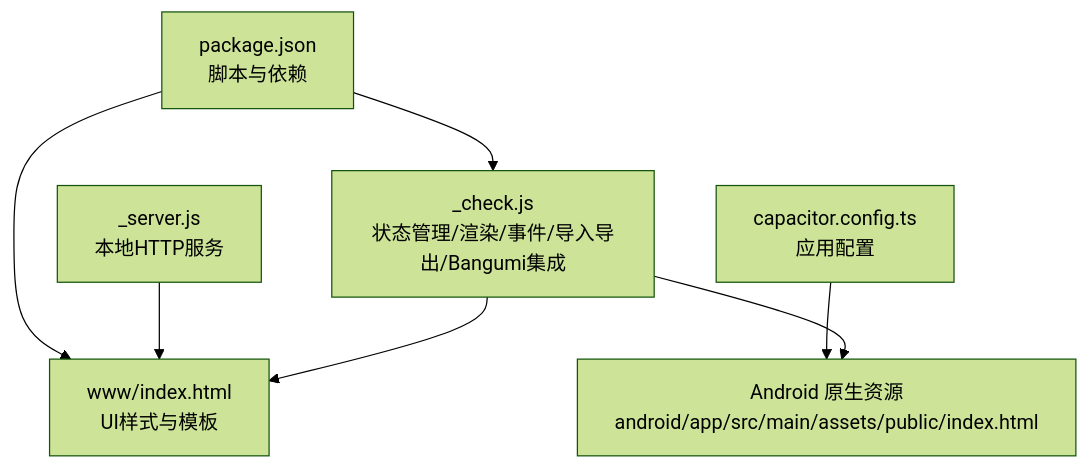
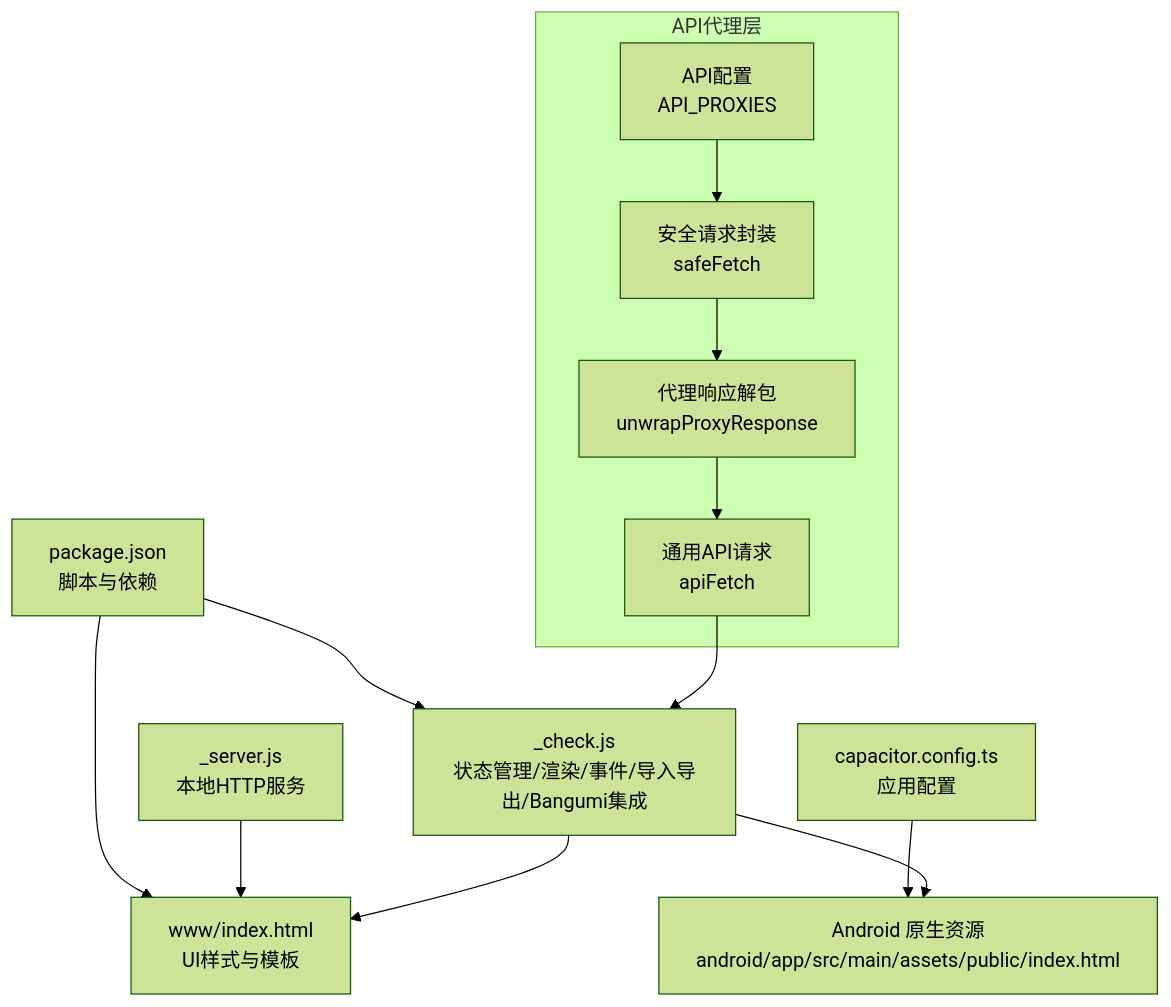
The first of 11 diagrams in .qoder/repowiki/zh/content/核心功能模块/核心功能模块.md (KAGUYA284/anima-list), drawn with Mermaid (forest theme) before and after one commit. The commit also changed other lines of this file and 17 other files, not shown here.

````diff
--- a/.qoder/repowiki/zh/content/核心功能模块/核心功能模块.md
+++ b/.qoder/repowiki/zh/content/核心功能模块/核心功能模块.md
@@ -36,9 +56,17 @@
 ```mermaid
 graph TB
 A["package.json<br/>脚本与依赖"] --> B["www/index.html<br/>UI样式与模板"]
 A --> C["_check.js<br/>状态管理/渲染/事件/导入导出/Bangumi集成"]
 D["capacitor.config.ts<br/>应用配置"] --> E["Android 原生资源<br/>android/app/src/main/assets/public/index.html"]
 F["_server.js<br/>本地HTTP服务"] --> B
 C --> B
 C --> E
+subgraph "API代理层"
+G["API配置<br/>API_PROXIES"]
+H["安全请求封装<br/>safeFetch"]
+I["代理响应解包<br/>unwrapProxyResponse"]
+J["通用API请求<br/>apiFetch"]
+end
+G --> H --> I --> J
+J --> C
 ```
````
